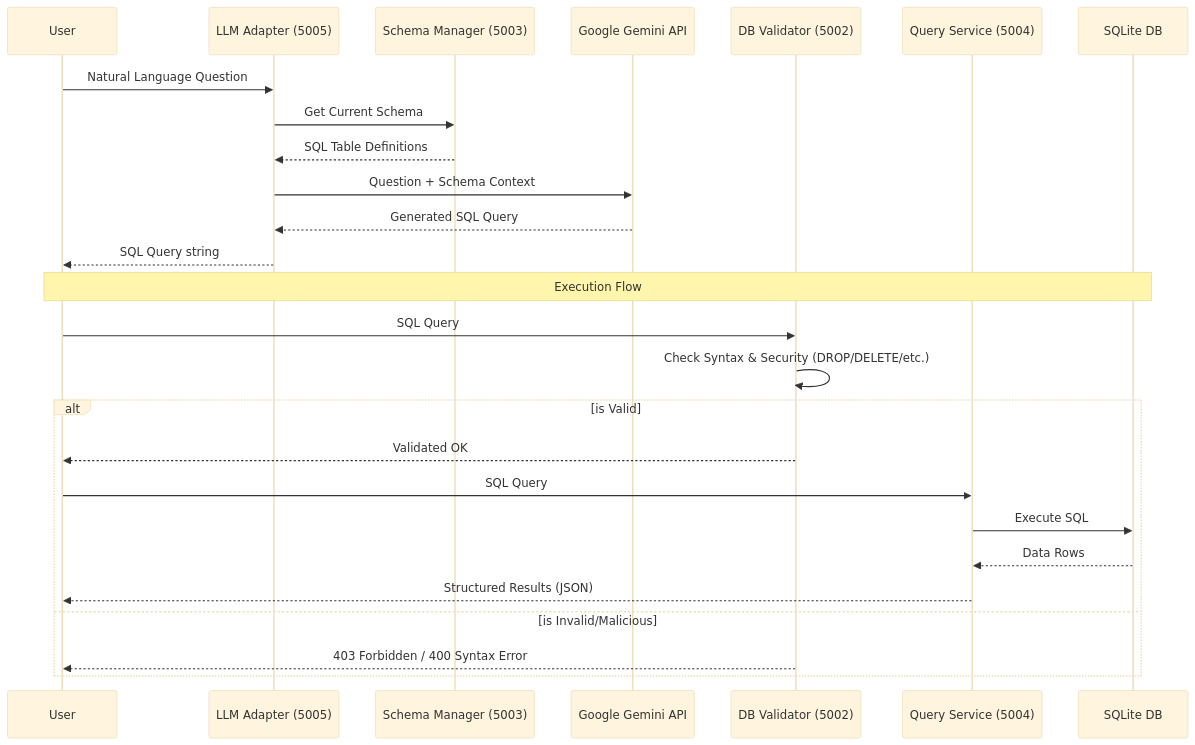
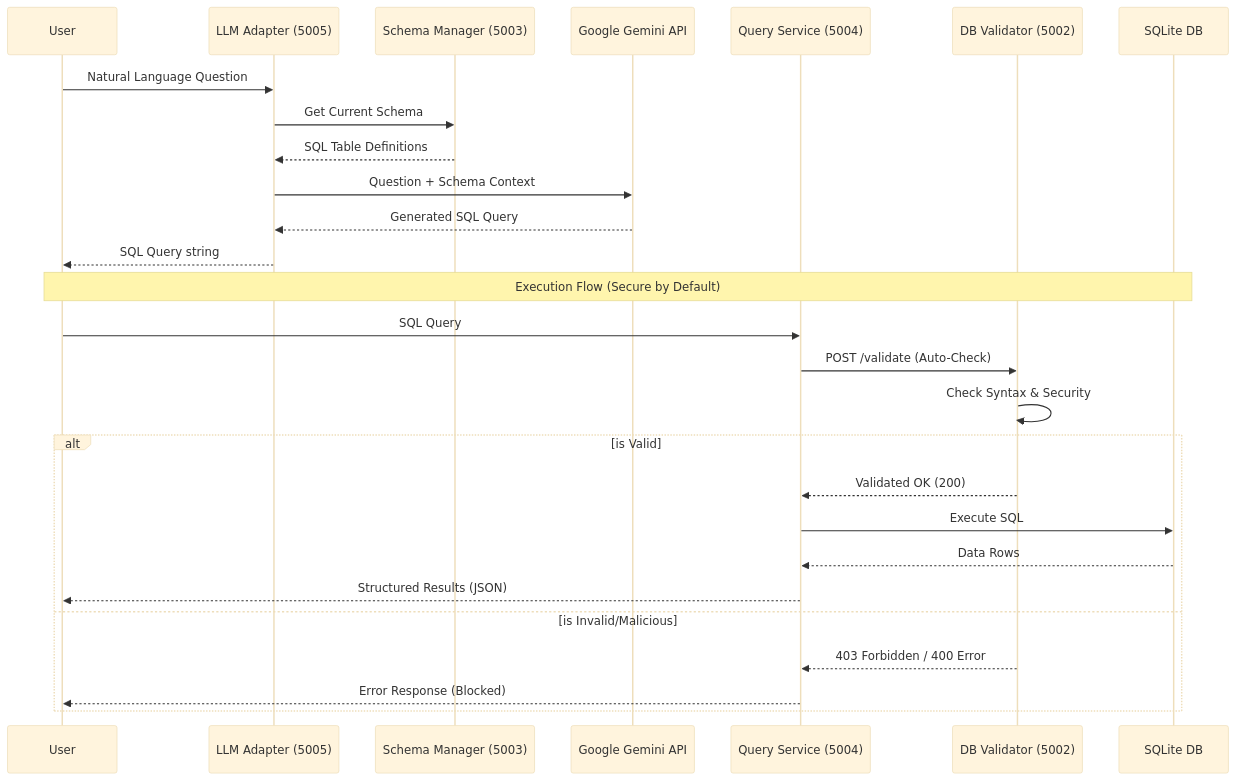
Before and after one commit to syedmohdqasim/db_w_llm: the diagram in README.md, drawn with Mermaid (base theme). The commit also changed other lines of this file and 9 other files, not shown here.

````diff
--- a/README.md
+++ b/README.md
@@ -20,31 +20,33 @@
 ```mermaid
 sequenceDiagram
     participant User
     participant LLM_Adapter as LLM Adapter (5005)
     participant Schema_Mgr as Schema Manager (5003)
     participant Gemini as Google Gemini API
+    participant Query_Svc as Query Service (5004)
     participant Validator as DB Validator (5002)
-    participant Query_Svc as Query Service (5004)
     participant DB as SQLite DB
 
     User->>LLM_Adapter: Natural Language Question
     LLM_Adapter->>Schema_Mgr: Get Current Schema
     Schema_Mgr-->>LLM_Adapter: SQL Table Definitions
     LLM_Adapter->>Gemini: Question + Schema Context
     Gemini-->>LLM_Adapter: Generated SQL Query
     LLM_Adapter-->>User: SQL Query string
     
-    Note over User, DB: Execution Flow
+    Note over User, DB: Execution Flow (Secure by Default)
     
-    User->>Validator: SQL Query
-    Validator->>Validator: Check Syntax & Security (DROP/DELETE/etc.)
+    User->>Query_Svc: SQL Query
+    Query_Svc->>Validator: POST /validate (Auto-Check)
+    Validator->>Validator: Check Syntax & Security
+    
     alt is Valid
-        Validator-->>User: Validated OK
-        User->>Query_Svc: SQL Query
+        Validator-->>Query_Svc: Validated OK (200)
         Query_Svc->>DB: Execute SQL
         DB-->>Query_Svc: Data Rows
         Query_Svc-->>User: Structured Results (JSON)
     else is Invalid/Malicious
-        Validator-->>User: 403 Forbidden / 400 Syntax Error
+        Validator-->>Query_Svc: 403 Forbidden / 400 Error
+        Query_Svc-->>User: Error Response (Blocked)
     end
 ```
````
